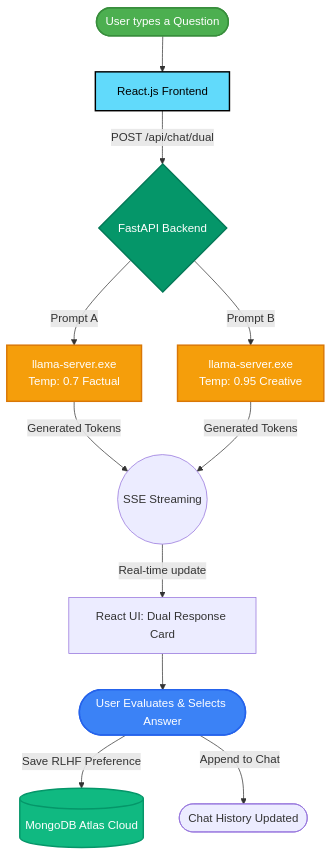
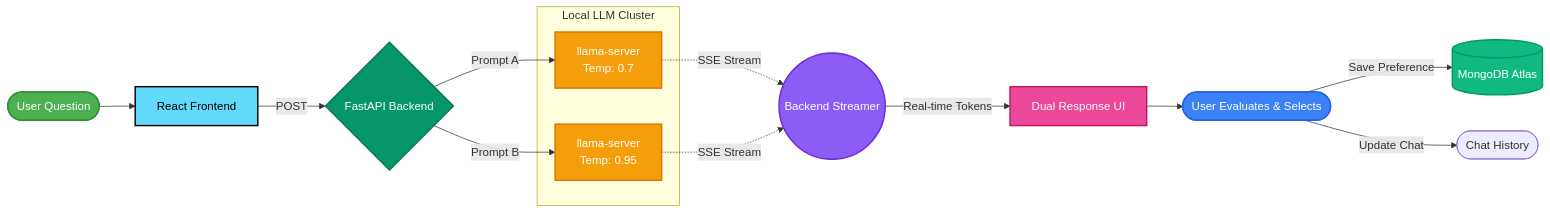
The diagram in PRESENTATION_GUIDE.md (ssiddiquiii/car-specialist-gpt), drawn with Mermaid before and after one commit.

Commit message:
docs: update architecture flowchart to horizontal and add llama-server cluster details

````diff
--- a/PRESENTATION_GUIDE.md
+++ b/PRESENTATION_GUIDE.md
@@ -66,27 +66,33 @@
 ```mermaid
-flowchart TD
-    A([User types a Question]) --> B[React.js Frontend]
+flowchart LR
+    A([User Question]) --> B[React Frontend]
+    B -->|POST| C{FastAPI Backend}
     
-    B -->|POST /api/chat/dual| C{FastAPI Backend}
+    subgraph Local_LLM_Cluster [Local LLM Cluster]
+        D[llama-server\nTemp: 0.7]
+        E[llama-server\nTemp: 0.95]
+    end
     
-    C -->|Prompt A| D[llama-server.exe\nTemp: 0.7 Factual]
-    C -->|Prompt B| E[llama-server.exe\nTemp: 0.95 Creative]
+    C -->|Prompt A| D
+    C -->|Prompt B| E
     
-    D -->|Generated Tokens| F((SSE Streaming))
-    E -->|Generated Tokens| F
+    D -.->|SSE Stream| F((Backend Streamer))
+    E -.->|SSE Stream| F
     
-    F -->|Real-time update| G[React UI: Dual Response Card]
+    F -->|Real-time Tokens| G[Dual Response UI]
     
-    G --> H([User Evaluates & Selects Answer])
+    G --> H([User Evaluates & Selects])
     
-    H -->|Save RLHF Preference| I[(MongoDB Atlas Cloud)]
-    H -->|Append to Chat| J([Chat History Updated])
+    H -->|Save Preference| I[(MongoDB Atlas)]
+    H -->|Update Chat| J([Chat History])
     
     style A fill:#4CAF50,stroke:#388E3C,stroke-width:2px,color:#fff
     style B fill:#61DAFB,stroke:#000,stroke-width:2px,color:#000
     style C fill:#059669,stroke:#047857,stroke-width:2px,color:#fff
     style D fill:#F59E0B,stroke:#D97706,stroke-width:2px,color:#fff
     style E fill:#F59E0B,stroke:#D97706,stroke-width:2px,color:#fff
+    style F fill:#8B5CF6,stroke:#6D28D9,stroke-width:2px,color:#fff
+    style G fill:#EC4899,stroke:#BE185D,stroke-width:2px,color:#fff
+    style H fill:#3B82F6,stroke:#2563EB,stroke-width:2px,color:#fff
     style I fill:#10B981,stroke:#059669,stroke-width:2px,color:#fff
-    style H fill:#3B82F6,stroke:#2563EB,stroke-width:2px,color:#fff
 ```
````
